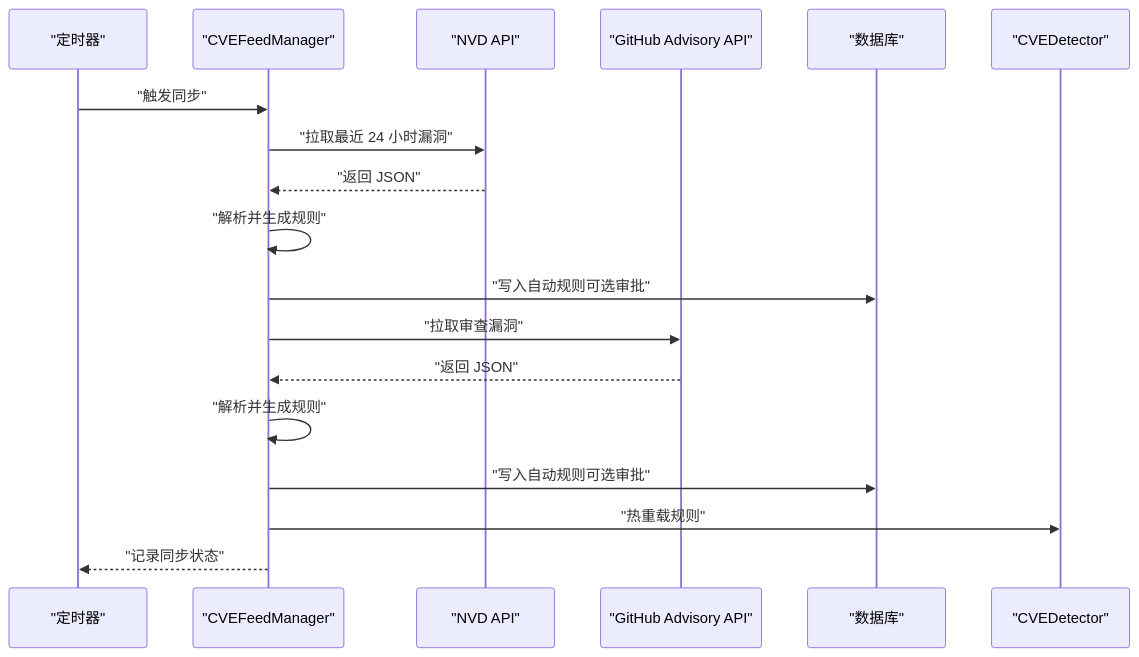
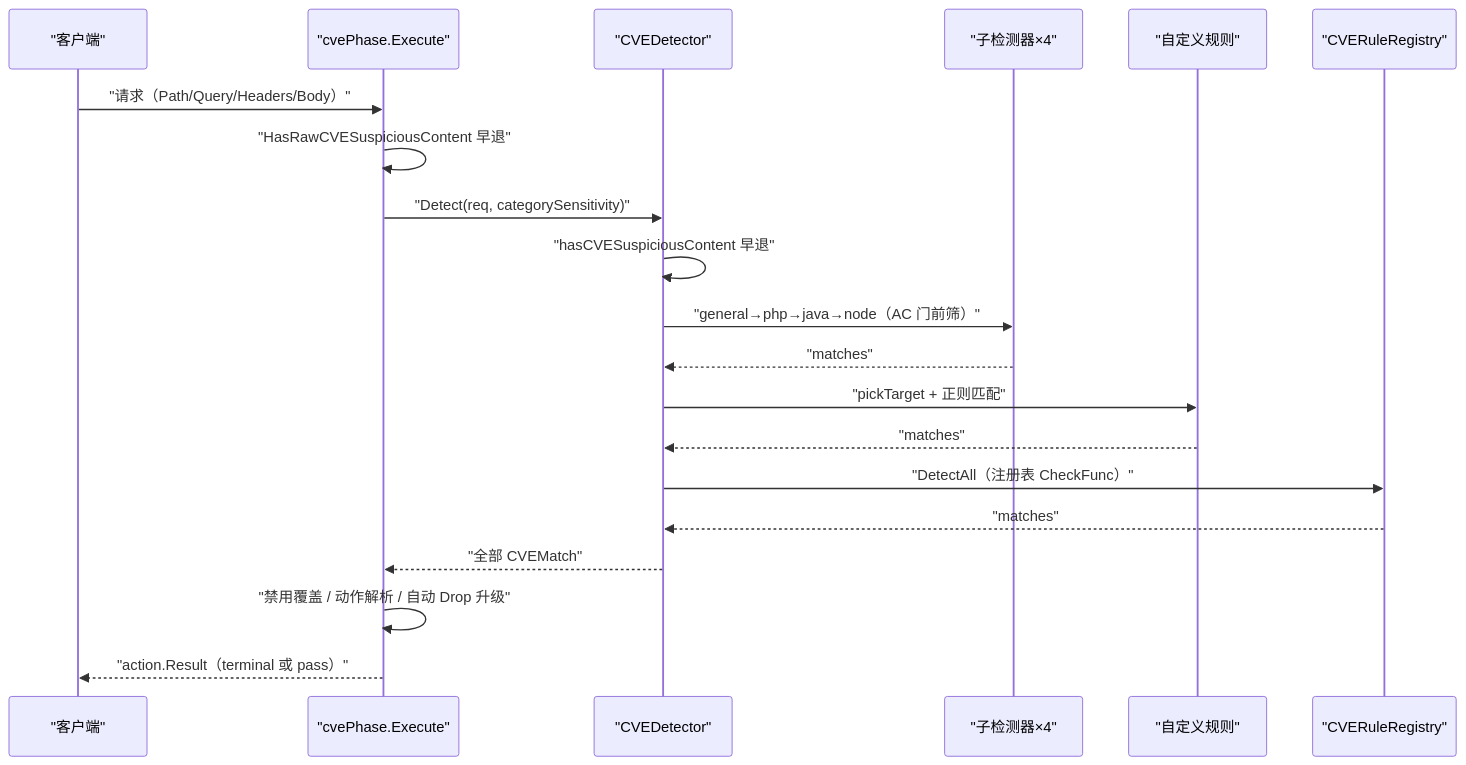
Before and after one commit to x01n/My-OpenWaf: the second of 4 diagrams in docs/安全防护功能/CVE 漏洞检测/CVE 漏洞检测.md, drawn with Mermaid. The commit also changed other lines of this file and 622 other files, not shown here.

````diff
--- a/docs/安全防护功能/CVE 漏洞检测/CVE 漏洞检测.md
+++ b/docs/安全防护功能/CVE 漏洞检测/CVE 漏洞检测.md
@@ -284,20 +147,22 @@
 ```mermaid
 sequenceDiagram
-participant Cron as "定时器"
-participant Manager as "CVEFeedManager"
-participant NVD as "NVD API"
-participant GH as "GitHub Advisory API"
-participant DB as "数据库"
-participant Detector as "CVEDetector"
-Cron->>Manager : "触发同步"
-Manager->>NVD : "拉取最近 24 小时漏洞"
-NVD-->>Manager : "返回 JSON"
-Manager->>Manager : "解析并生成规则"
-Manager->>DB : "写入自动规则可选审批"
-Manager->>GH : "拉取审查漏洞"
-GH-->>Manager : "返回 JSON"
-Manager->>Manager : "解析并生成规则"
-Manager->>DB : "写入自动规则可选审批"
-Manager->>Detector : "热重载规则"
-Manager-->>Cron : "记录同步状态"
+participant C as "客户端"
+participant PH as "cvePhase.Execute"
+participant D as "CVEDetector"
+participant S as "子检测器×4"
+participant CU as "自定义规则"
+participant R as "CVERuleRegistry"
+C->>PH : "请求（Path/Query/Headers/Body）"
+PH->>PH : "HasRawCVESuspiciousContent 早退"
+PH->>D : "Detect(req, categorySensitivity)"
+D->>D : "hasCVESuspiciousContent 早退"
+D->>S : "general→php→java→node（AC 门前筛）"
+S-->>D : "matches"
+D->>CU : "pickTarget + 正则匹配"
+CU-->>D : "matches"
+D->>R : "DetectAll（注册表 CheckFunc）"
+R-->>D : "matches"
+D-->>PH : "全部 CVEMatch"
+PH->>PH : "禁用覆盖 / 动作解析 / 自动 Drop 升级"
+PH-->>C : "action.Result（terminal 或 pass）"
 ```
````
